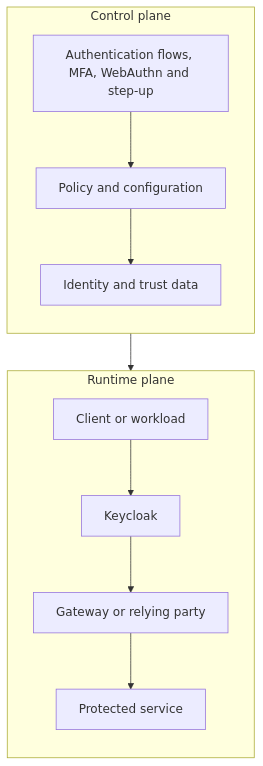
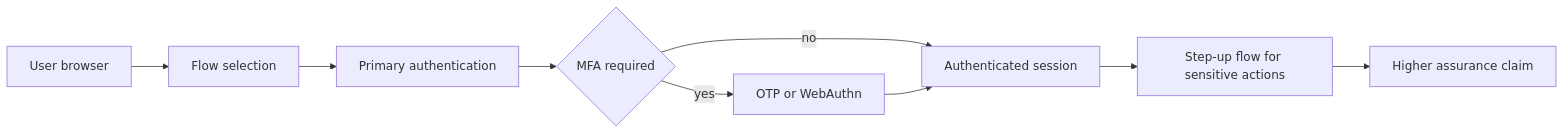
One commit to jeanflorentine/IAM-KeyCloack-Lab changed diagram 18 of 36 in KeyCloack Reference Book.md. Above: the diagram before and after it, drawn with Mermaid. The commit also changed other lines of this file, not shown here.

Commit message:
Revise chapter structure diagrams and chapter 31 interview bank

````diff
--- a/KeyCloack Reference Book.md
+++ b/KeyCloack Reference Book.md
@@ -1979,24 +1837,11 @@
 ```mermaid
-flowchart TB
-    subgraph CP[Control plane]
-        direction TB
-        A[Authentication flows, MFA, WebAuthn and step-up]
-        B[Policy and configuration]
-        C[Identity and trust data]
-        A --> B
-        B --> C
-    end
-
-    subgraph RP[Runtime plane]
-        direction TB
-        D[Client or workload]
-        E[Keycloak]
-        F[Gateway or relying party]
-        G[Protected service]
-        D --> E
-        E --> F
-        F --> G
-    end
-
-    CP --> RP
+flowchart LR
+    Browser[User browser] --> FlowSelect[Flow selection]
+    FlowSelect --> Password[Primary authentication]
+    Password --> NeedMFA{MFA required}
+    NeedMFA -->|yes| SecondFactor[OTP or WebAuthn]
+    NeedMFA -->|no| Session[Authenticated session]
+    SecondFactor --> Session
+    Session --> StepUp[Step-up flow for sensitive actions]
+    StepUp --> ACR[Higher assurance claim]
 ```
````
